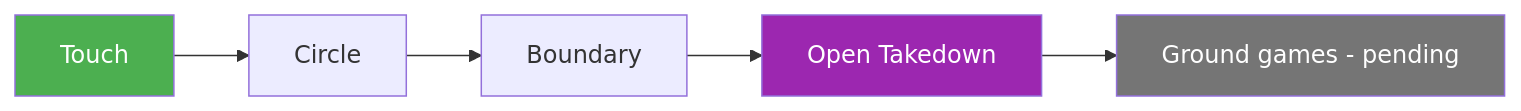
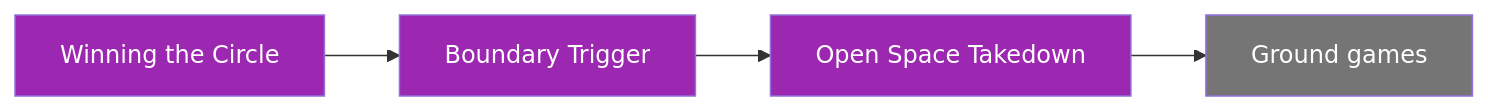
Before and after one commit to ACalienes/Ecological-MMA-Game-System: the fifth of 5 diagrams in docs/system/map.md, drawn with Mermaid. The commit also changed other lines of this file and 26 other files, not shown here.

````diff
--- a/docs/system/map.md
+++ b/docs/system/map.md
@@ -126,9 +184,11 @@
 ```mermaid
 flowchart LR
-    A[Touch] --> B[Circle] --> C[Boundary] --> D[Open Takedown]
-    D --> E[Ground games - pending]
+    A[Winning the Circle] --> B[Boundary Trigger]
+    B --> C[Open Space Takedown]
+    C --> D[Ground games]
 
-    style A fill:#4CAF50,color:#fff
-    style D fill:#9C27B0,color:#fff
-    style E fill:#757575,color:#fff
+    style A fill:#9C27B0,color:#fff
+    style B fill:#9C27B0,color:#fff
+    style C fill:#9C27B0,color:#fff
+    style D fill:#757575,color:#fff
 ```
````
